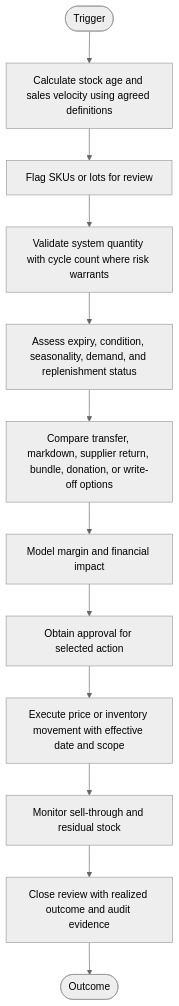
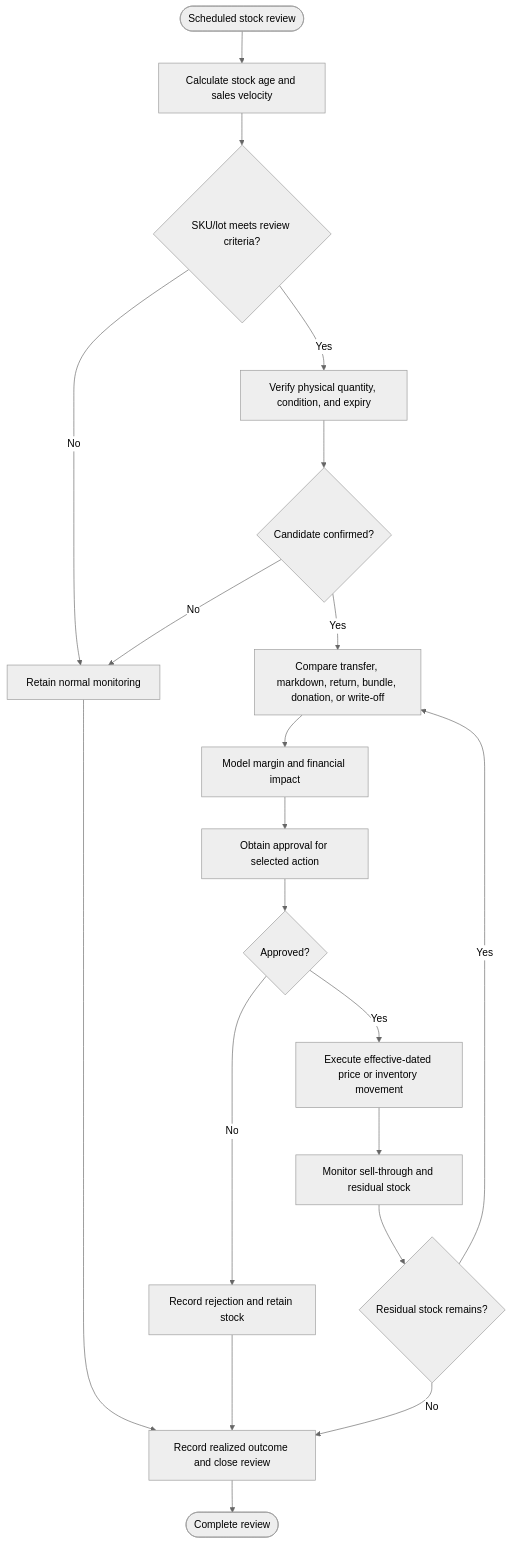
One commit to reviveproject4-source/visual-business-flows changed the first of 3 diagrams in 04-supply-chain-and-inventory/dead-stock-liquidation.md. Above: the diagram before and after it, drawn with Mermaid (neutral theme). The commit also changed other lines of this file and 14 other files, not shown here.

First line of the commit message:
Align workflow diagrams with business rules and exceptions

````diff
--- a/04-supply-chain-and-inventory/dead-stock-liquidation.md
+++ b/04-supply-chain-and-inventory/dead-stock-liquidation.md
@@ -55,24 +55,22 @@
 ```mermaid
 flowchart TD
-    Start([Trigger]) --> S1
-    S1[Calculate stock age and sales velocity using agreed definitions]
-    S2[Flag SKUs or lots for review]
-    S3[Validate system quantity with cycle count where risk warrants]
-    S4[Assess expiry, condition, seasonality, demand, and replenishment status]
-    S5[Compare transfer, markdown, supplier return, bundle, donation, or write-off options]
-    S6[Model margin and financial impact]
-    S7[Obtain approval for selected action]
-    S8[Execute price or inventory movement with effective date and scope]
-    S9[Monitor sell-through and residual stock]
-    S10[Close review with realized outcome and audit evidence]
-    S1 --> S2
-    S2 --> S3
-    S3 --> S4
-    S4 --> S5
-    S5 --> S6
-    S6 --> S7
-    S7 --> S8
-    S8 --> S9
-    S9 --> S10
-    S10 --> End([Outcome])
+    A([Scheduled stock review]) --> B[Calculate stock age and sales velocity]
+    B --> C{SKU/lot meets review criteria?}
+    C -->|No| Z[Retain normal monitoring]
+    C -->|Yes| D[Verify physical quantity, condition, and expiry]
+    D --> E{Candidate confirmed?}
+    E -->|No| Z
+    E -->|Yes| F[Compare transfer, markdown, return, bundle, donation, or write-off]
+    F --> G[Model margin and financial impact]
+    G --> H[Obtain approval for selected action]
+    H --> I{Approved?}
+    I -->|No| J[Record rejection and retain stock]
+    I -->|Yes| K[Execute effective-dated price or inventory movement]
+    K --> L[Monitor sell-through and residual stock]
+    L --> M{Residual stock remains?}
+    M -->|Yes| F
+    M -->|No| N[Record realized outcome and close review]
+    J --> N
+    Z --> N
+    N --> O([Complete review])
 ```
````
